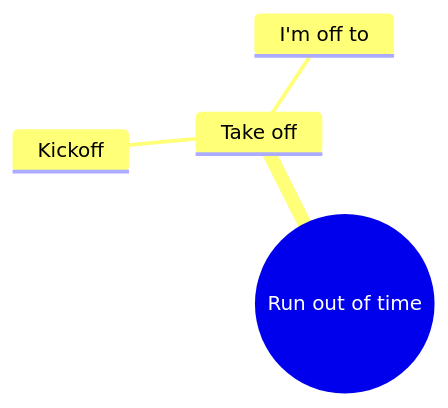
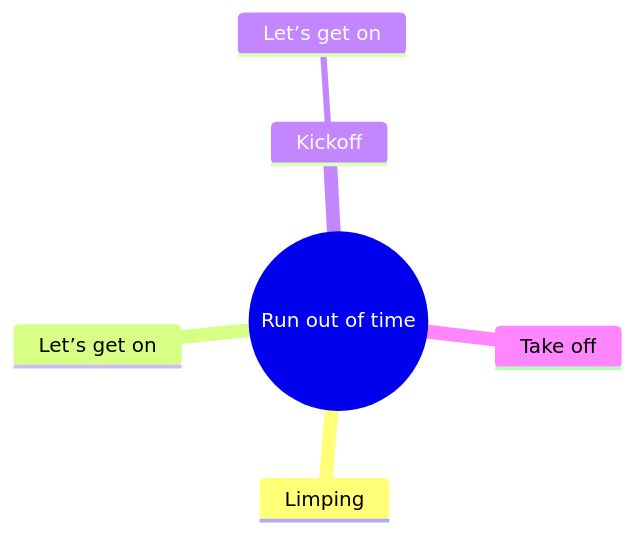
One commit to AndreMaria/english-2026 changed the diagram in run-out-of-time.md. Above: the diagram before and after it, drawn with Mermaid. The commit also changed other lines of this file and 12 other files, not shown here.

````diff
--- a/run-out-of-time.md
+++ b/run-out-of-time.md
@@ -9,7 +9,9 @@
 ``` mermaid
 mindmap
   root((Run out of time))
-      Take off
-        Kickoff
-        I'm off to
+    Limping
+    Let’s get on
+    Kickoff
+      Let’s get on
+    Take off
 ```
````
